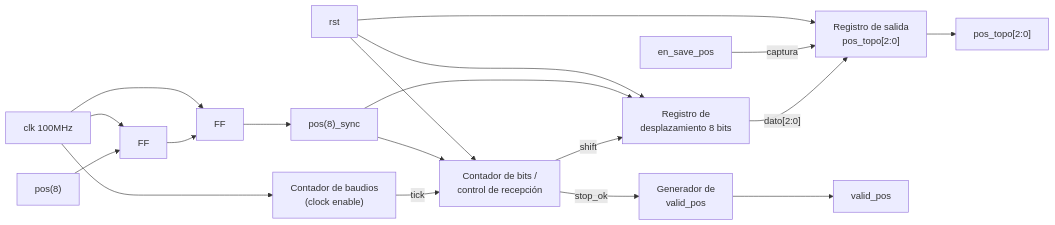
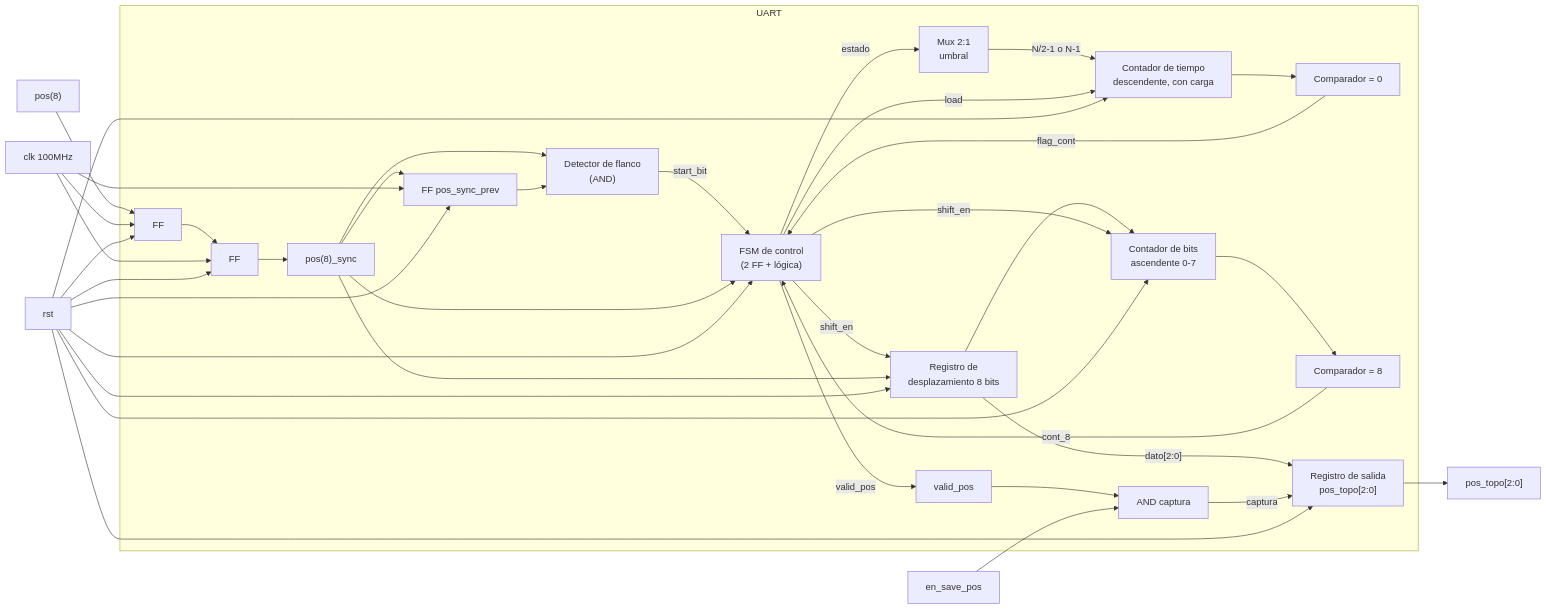
Before and after one commit to Taller-de-diseno-digital-GR01/Proyecto-1-Whack-a-mole: the ninth of 16 diagrams in docs/Diseño.md, drawn with Mermaid. The commit also changed other lines of this file and 2 other files, not shown here.

````diff
--- a/docs/Diseño.md
+++ b/docs/Diseño.md
@@ -926,21 +966,49 @@
 ```mermaid
 flowchart LR
-    pos["pos(8)"] --> S1["FF"] 
-    S1["FF"]--> S2["FF"]
+subgraph UART["UART"]
+
+    S1["FF"] --> S2["FF"]
     S2["FF"] --> SYNC["pos(8)_sync"]
+    
+    SYNC --> FEDGE
+    SYNC --> EDGE["Detector de flanco<br/>(AND)"]
+    FEDGE --> EDGE
+    EDGE -->|"start_bit"| CTRL["FSM de control<br/>(2 FF + lógica)"]
+    CTRL -->|"estado"| MUX["Mux 2:1<br/>umbral"]
+    MUX -->|"N/2-1 o N-1"| TCNT["Contador de tiempo<br/>descendente, con carga"]
+    CTRL -->|"load"| TCNT
+    TCNT --> CMP0["Comparador = 0"]
+    CMP0 -->|"flag_cont"| CTRL
+    CTRL -->|"shift_en"| SH["Registro de<br/>desplazamiento 8 bits"]
+    SYNC --> SH
+    SH --> BCNT["Contador de bits<br/>ascendente 0-7"]
+    CTRL -->|"shift_en"| BCNT
+    BCNT --> CMP8["Comparador = 8"]
+    CMP8 -->|"cont_8"| CTRL
+    SYNC --> CTRL
+    CTRL -->|"valid_pos"| VAL["valid_pos"]
+    VAL --> AND1["AND captura"]
+    
+    SH -->|"dato[2:0]"| REGOUT["Registro de salida<br/>pos_topo[2:0]"]
+    AND1 -->|captura| REGOUT
+
+
+end
+    pos["pos(8)"] --> S1["FF"]
+
     CLK["clk 100MHz"] --> S1
     CLK --> S2
-    CLK --> BAUD["Contador de baudios<br/>(clock enable)"]
-    BAUD -->|"tick"| CTRL["Contador de bits /<br/>control de recepción"]
-    SYNC --> CTRL
-    CTRL -->|"shift"| SH["Registro de<br/>desplazamiento 8 bits"]
-    SYNC --> SH
-    CTRL -->|"stop_ok"| VAL["Generador de<br/>valid_pos"]
-    SH -->|"dato[2:0]"| REGOUT["Registro de salida<br/>pos_topo[2:0]"]
-    en_save_pos["en_save_pos"] -->|captura| REGOUT
-    VAL --> valid_pos["valid_pos"]
+    CLK --> FEDGE["FF pos_sync_prev"]
+    
+    en_save_pos["en_save_pos"] --> AND1
     REGOUT --> pos_topo["pos_topo[2:0]"]
-    rst["rst"] --> CTRL
+
+    rst["rst"] --> S1
+    rst --> S2
+    rst --> FEDGE
+    rst --> CTRL
+    rst --> TCNT
     rst --> SH
+    rst --> BCNT
     rst --> REGOUT
 ```
````
